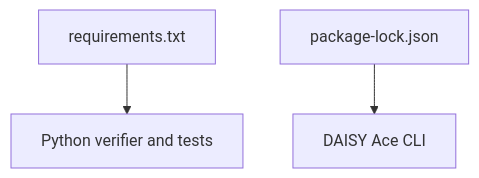
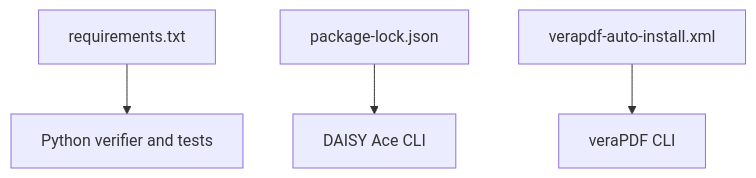
Before and after one commit to streamentry/streamentry: the second of 5 diagrams in ci/AGENTS.md, drawn with Mermaid. The commit also changed other lines of this file and 12 other files, not shown here.

Commit message:
Validate PDF/UA with pinned veraPDF

````diff
--- a/ci/AGENTS.md
+++ b/ci/AGENTS.md
@@ -27,5 +29,6 @@
 ```mermaid
 flowchart TB
   R["requirements.txt"] --> P["Python verifier and tests"]
   N["package-lock.json"] --> A["DAISY Ace CLI"]
+  X["verapdf-auto-install.xml"] --> V["veraPDF CLI"]
 ```
````
